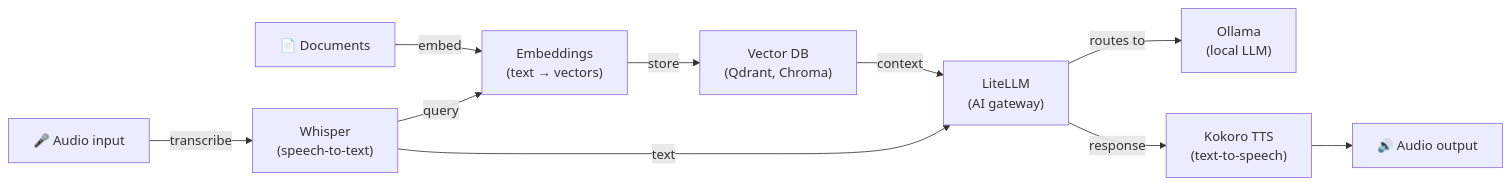
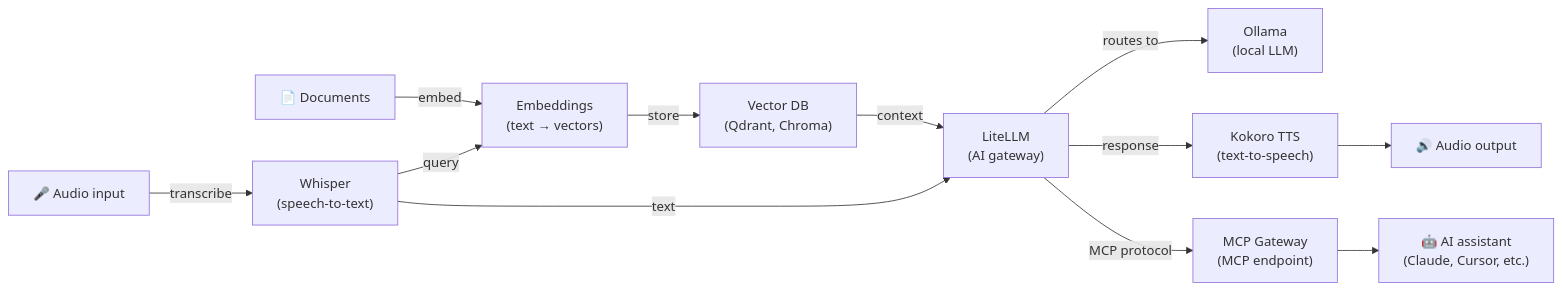
The diagram in README.md (hwdsl2/docker-ollama), drawn with Mermaid before and after one commit. The commit also changed other lines of this file and 3 other files, not shown here.

````diff
--- a/README.md
+++ b/README.md
@@ -400,12 +401,14 @@
 ```mermaid
 graph LR
     D["📄 Documents"] -->|embed| E["Embeddings<br/>(text → vectors)"]
     E -->|store| VDB["Vector DB<br/>(Qdrant, Chroma)"]
     A["🎤 Audio input"] -->|transcribe| W["Whisper<br/>(speech-to-text)"]
     W -->|query| E
     VDB -->|context| L["LiteLLM<br/>(AI gateway)"]
     W -->|text| L
     L -->|routes to| O["Ollama<br/>(local LLM)"]
     L -->|response| T["Kokoro TTS<br/>(text-to-speech)"]
     T --> B["🔊 Audio output"]
+    L -->|MCP protocol| M["MCP Gateway<br/>(MCP endpoint)"]
+    M --> C["🤖 AI assistant<br/>(Claude, Cursor, etc.)"]
 ```
````
